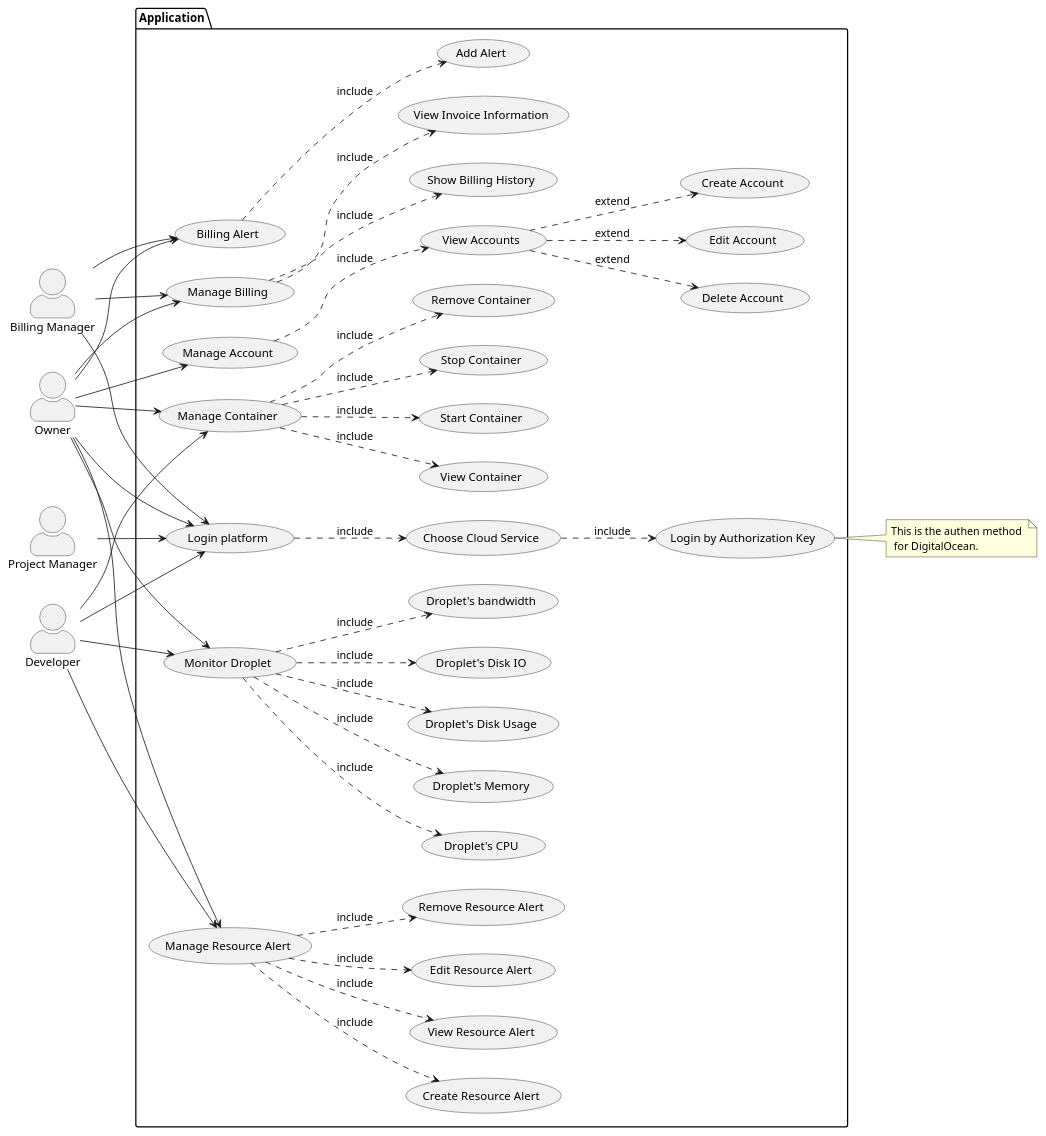
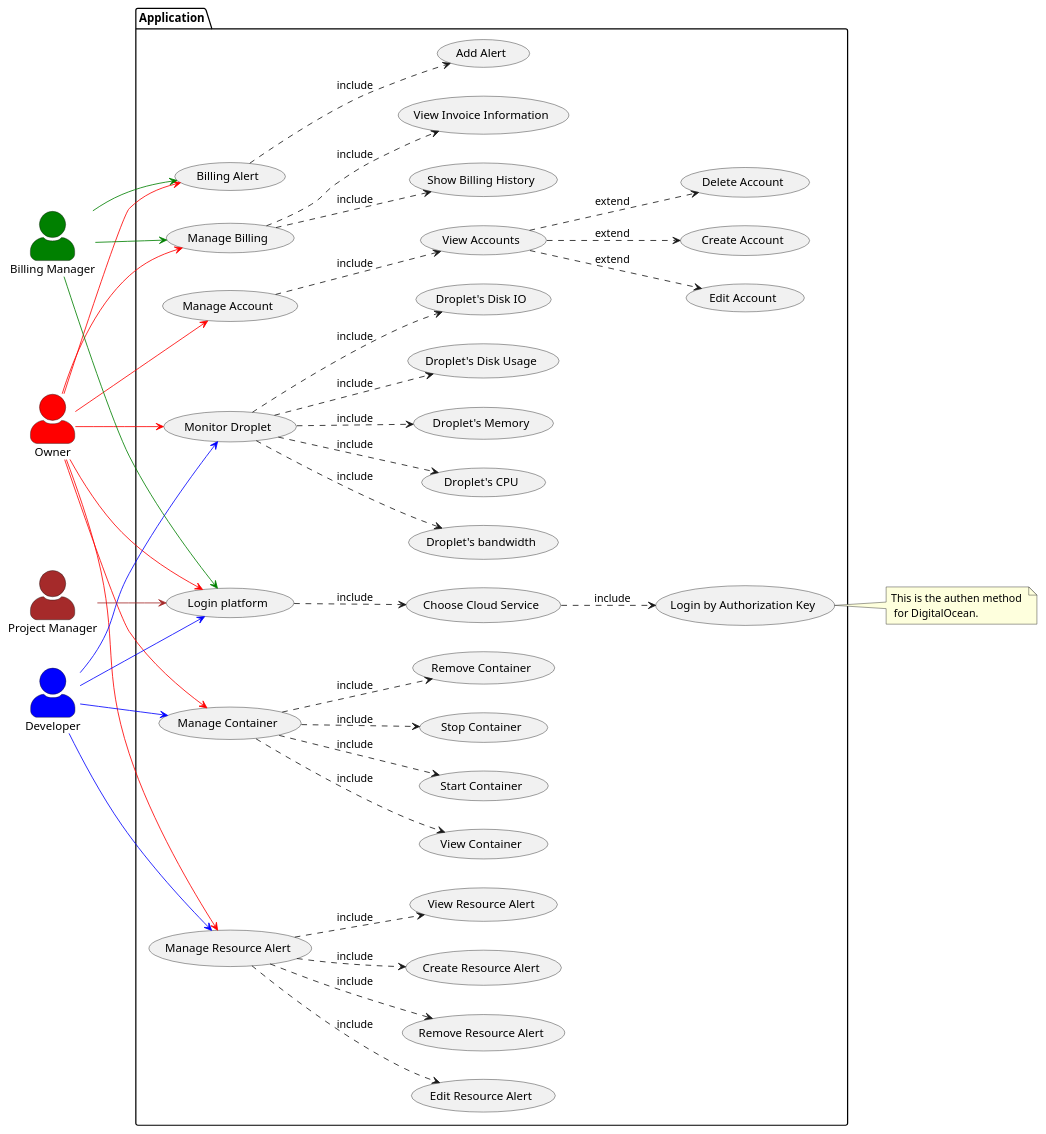
The diagram in docs/use-case-diagram.puml (felixnguyen678/f0-capstone-project-backend), drawn with PlantUML before and after one commit. The commit also changed 1 other file, not shown here.

```diff
--- a/docs/use-case-diagram.puml
+++ b/docs/use-case-diagram.puml
@@ -1,97 +1,97 @@
 @startuml
 
 skinparam actorStyle awesome
 left to right direction
 
-"Billing Manager" as BillingManager
-"Owner" as Owner
-"Developer" as Developer
-"Project Manager" as ProjectManager
+actor "Owner" as Owner #red
+actor "Billing Manager" as BillingManager #green
+actor "Developer" as Developer #blue
+actor "Project Manager" as ProjectManager #brown
 
 
 package Application{
   usecase "Login platform" as Login
   usecase "Choose Cloud Service" as ChooseCloudService
   usecase "Login by Authorization Key" as EnterAuthKey
   usecase "Billing Alert" as BillingAlert
   usecase "Add Alert" as AddAlert
   usecase "Manage Account" as ManageAccount
   usecase "View Accounts" as ViewAccounts
   usecase "Create Account" as CreateAccount
   usecase "Delete Account" as DeleteAccount
   usecase "Edit Account" as EditAccount
   usecase "Manage Billing" as ManageBilling
   usecase "Show Billing History" as ShowBillingHistory
   usecase "View Invoice Information" as ViewInvoiceInformation
   usecase "Manage Container"  as ManageContainer
   usecase "View Container" as ViewContainer
   usecase "Start Container" as StartContainer
   usecase "Stop Container" as StopContainer
   usecase "Remove Container" as RemoveContainer
   usecase "Monitor Droplet" as MonitorDroplet
   usecase "Droplet's bandwidth" as MonitorDropletBandwidth
   usecase "Droplet's CPU" as MonitorDropletCPU
   usecase "Droplet's Memory" as MonitorDropletMemory
   usecase "Droplet's Disk Usage" as MonitorDropletDisk
   usecase "Droplet's Disk IO" as MonitorDropletDiskIO
   usecase "Manage Resource Alert" as ManageResourceAlert
   usecase "Create Resource Alert" as CreateResourceAlert
   usecase "View Resource Alert" as ViewResourceAlert
   usecase "Edit Resource Alert" as EditResourceAlert
   usecase "Remove Resource Alert" as RemoveResourceAlert
 }
 
 
 ' Relaction with usecases
 (ChooseCloudService) ..> EnterAuthKey : include
 (Login) ..> ChooseCloudService : include
 (BillingAlert) ..> AddAlert: include
 (ManageAccount) ..> ViewAccounts: include
 (ViewAccounts) ..> CreateAccount: extend
 (ViewAccounts) ..> EditAccount: extend
 (ViewAccounts) ..> DeleteAccount: extend
 (ManageBilling) ..> ShowBillingHistory: include
 (ManageBilling) ..> ViewInvoiceInformation: include
 (ManageContainer) ..> ViewContainer: include
 (ManageContainer) ..> StartContainer: include
 (ManageContainer) ..> StopContainer: include
 (ManageContainer) ..> RemoveContainer: include
 (MonitorDroplet) ..> MonitorDropletBandwidth: include
 (MonitorDroplet) ..> MonitorDropletCPU: include
 (MonitorDroplet) ..> MonitorDropletMemory: include
 (MonitorDroplet) ..> MonitorDropletDisk: include
 (MonitorDroplet) ..> MonitorDropletDiskIO: include
 (ManageResourceAlert) ..> CreateResourceAlert: include
 (ManageResourceAlert) ..> ViewResourceAlert: include
 (ManageResourceAlert) ..> EditResourceAlert: include
 (ManageResourceAlert) ..> RemoveResourceAlert: include
 
 
 ' Relation with actors
-Owner --> Login
-Developer --> Login
-BillingManager --> Login
-ProjectManager --> Login
-Owner --> BillingAlert
-BillingManager --> BillingAlert
-Owner --> ManageAccount
-Owner --> ManageBilling
-BillingManager --> ManageBilling
-Owner --> ManageContainer
-Developer --> ManageContainer
-Owner --> MonitorDroplet
-Developer --> MonitorDroplet
-Developer --> ManageResourceAlert
-Owner --> ManageResourceAlert
+Owner --> Login #line:red
+Owner --> BillingAlert #line:red
+Owner --> ManageAccount #line:red
+Owner --> ManageBilling #line:red
+Owner --> ManageContainer #line:red
+Owner --> MonitorDroplet #line:red
+Owner --> ManageResourceAlert #line:red
+Developer --> Login #line:blue
+Developer --> ManageContainer #line:blue
+Developer --> MonitorDroplet #line:blue
+Developer --> ManageResourceAlert #line:blue
+BillingManager --> Login #line:green
+BillingManager --> BillingAlert #line:green
+BillingManager --> ManageBilling #line:green
+ProjectManager --> Login #line:brown
 
 
 
 
 
 
 
 
 ' Notes
 note right of EnterAuthKey: This is the authen method \n for DigitalOcean.
 
 @enduml
```
